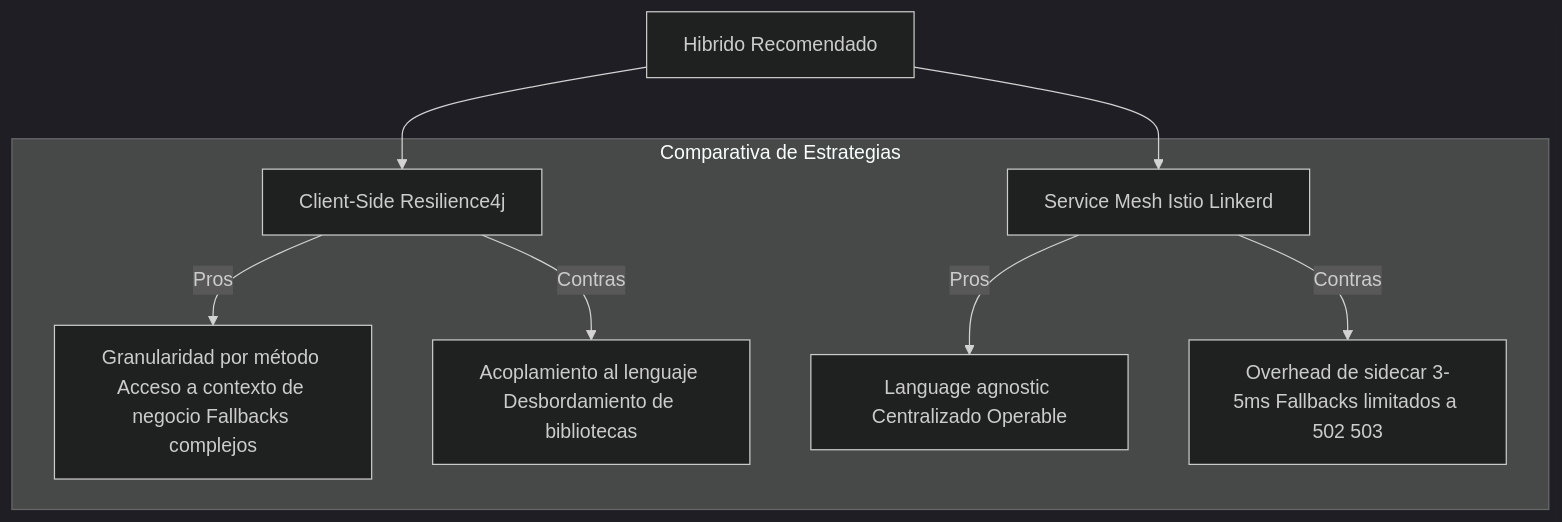
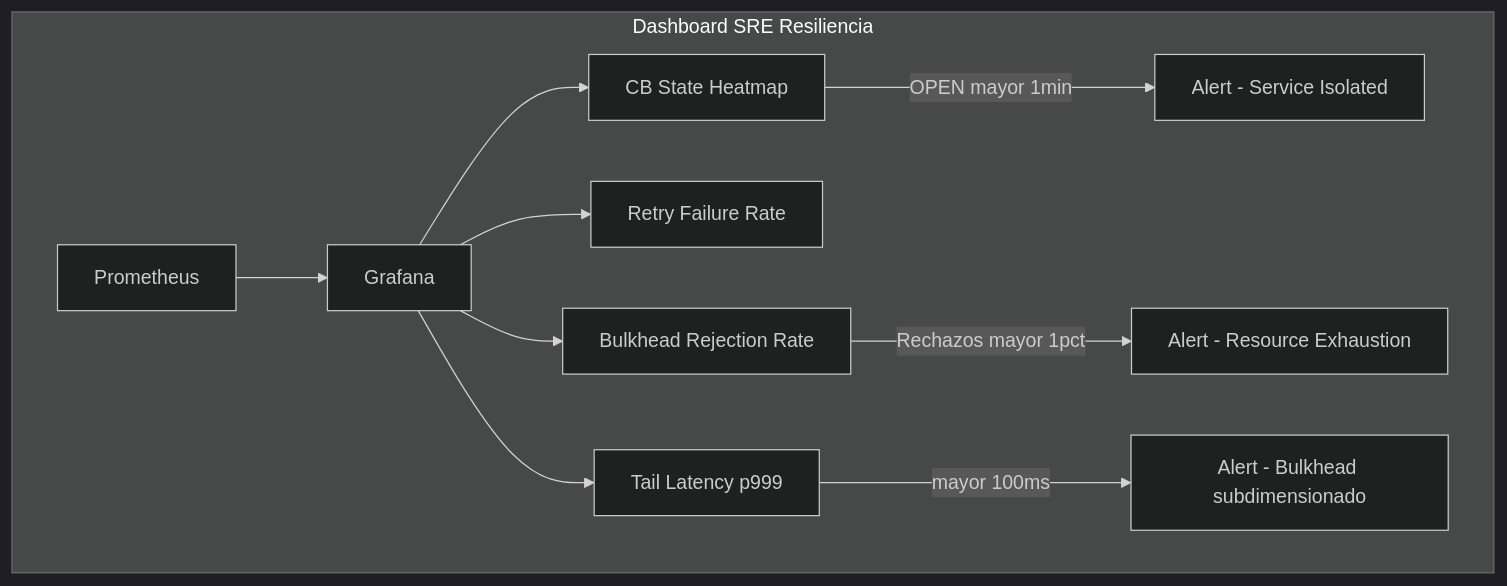
Before and after one commit to Joaquinriosheredia/DAM-Java-Mastery: the fourth of 5 diagrams in 03_Spring_Ecosystem/resilience4j_circuit_breaker_retry_bulkhead_spring_boot_3_STAFF.md, drawn with Mermaid (dark theme). The commit also changed other lines of this file, not shown here.

Commit message:
resilience4j_circuit_breaker_retry_bulkhead_spring_boot_3_STAFF.md

````diff
--- a/03_Spring_Ecosystem/resilience4j_circuit_breaker_retry_bulkhead_spring_boot_3_STAFF.md
+++ b/03_Spring_Ecosystem/resilience4j_circuit_breaker_retry_bulkhead_spring_boot_3_STAFF.md
@@ -121,13 +477,13 @@
 ```mermaid
 graph TD
-    subgraph "Comparativa de Estrategias"
-        CLIENT[Client-Side Resilience4j] -->|Pros| C1[Granularidad por método Acceso a contexto de negocio Fallbacks complejos]
-        CLIENT -->|Contras| C2[Acoplamiento al lenguaje Desbordamiento de bibliotecas]
-        
-        MESH[Service Mesh Istio Linkerd] -->|Pros| M1[Language agnostic Centralizado Operable]
-        MESH -->|Contras| M2[Overhead de sidecar 3-5ms Fallbacks limitados a 502 503]
+    subgraph "Dashboard SRE Resiliencia"
+        PROM[Prometheus] --> GRAF[Grafana]
+        GRAF --> P1[CB State Heatmap]
+        GRAF --> P2[Retry Failure Rate]
+        GRAF --> P3[Bulkhead Rejection Rate]
+        GRAF --> P4[Tail Latency p999]
+        P1 -->|OPEN mayor 1min| A1[Alert - Service Isolated]
+        P3 -->|Rechazos mayor 1pct| A2[Alert - Resource Exhaustion]
+        P4 -->|mayor 100ms| A3[Alert - Bulkhead subdimensionado]
     end
-    
-    HYB[Hibrido Recomendado] --> CLIENT
-    HYB --> MESH
 ```
````
